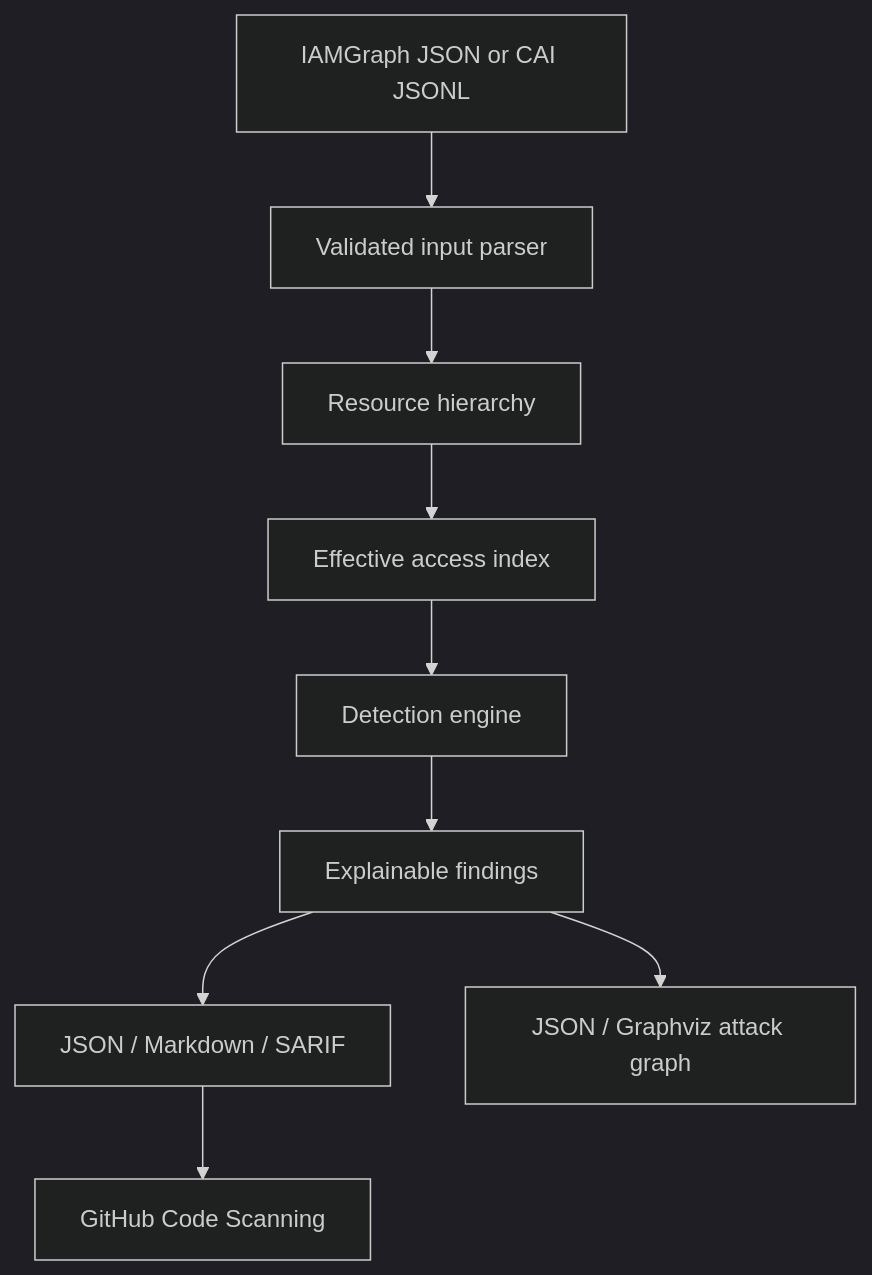
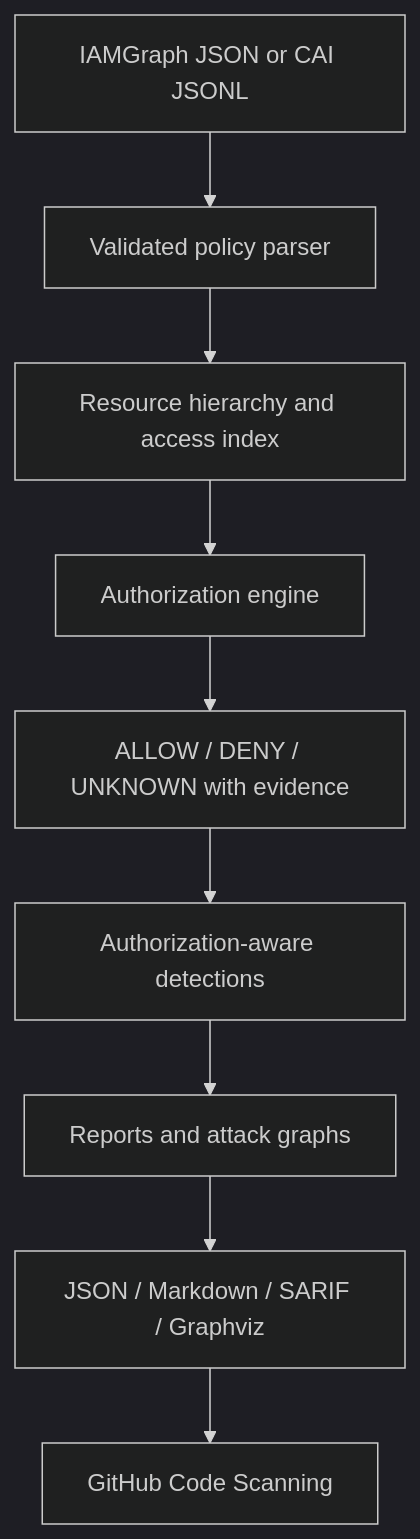
One commit to Parakh-Shinde/GCP-IAMGraph changed the first of 2 diagrams in README.md. Above: the diagram before and after it, drawn with Mermaid (dark theme). The commit also changed other lines of this file, not shown here.

Commit message:
docs: align README with v0.2 authorization engine

````diff
--- a/README.md
+++ b/README.md
@@ -187,11 +195,11 @@
 ```mermaid
 flowchart TD
-    A["IAMGraph JSON or CAI JSONL"] --> B["Validated input parser"]
-    B --> C["Resource hierarchy"]
-    C --> D["Effective access index"]
-    D --> E["Detection engine"]
-    E --> F["Explainable findings"]
-    F --> G["JSON / Markdown / SARIF"]
-    F --> H["JSON / Graphviz attack graph"]
-    G --> I["GitHub Code Scanning"]
+    A["IAMGraph JSON or CAI JSONL"] --> B["Validated policy parser"]
+    B --> C["Resource hierarchy and access index"]
+    C --> D["Authorization engine"]
+    D --> E["ALLOW / DENY / UNKNOWN with evidence"]
+    E --> F["Authorization-aware detections"]
+    F --> G["Reports and attack graphs"]
+    G --> H["JSON / Markdown / SARIF / Graphviz"]
+    H --> I["GitHub Code Scanning"]
 ```
````
